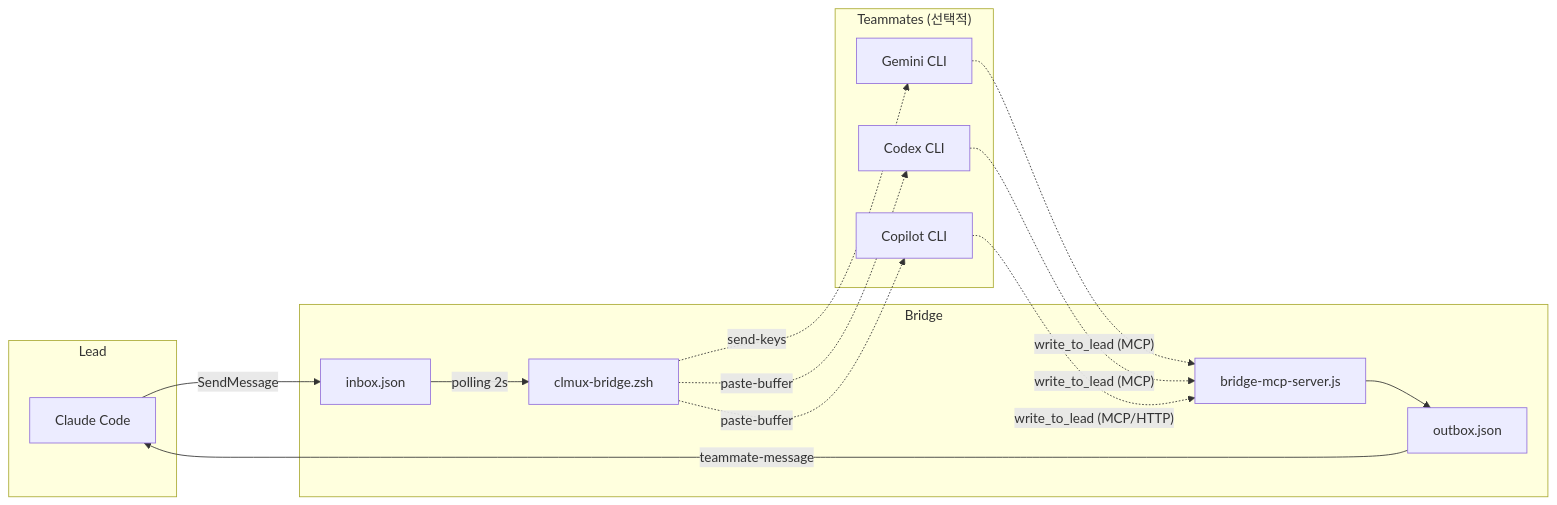
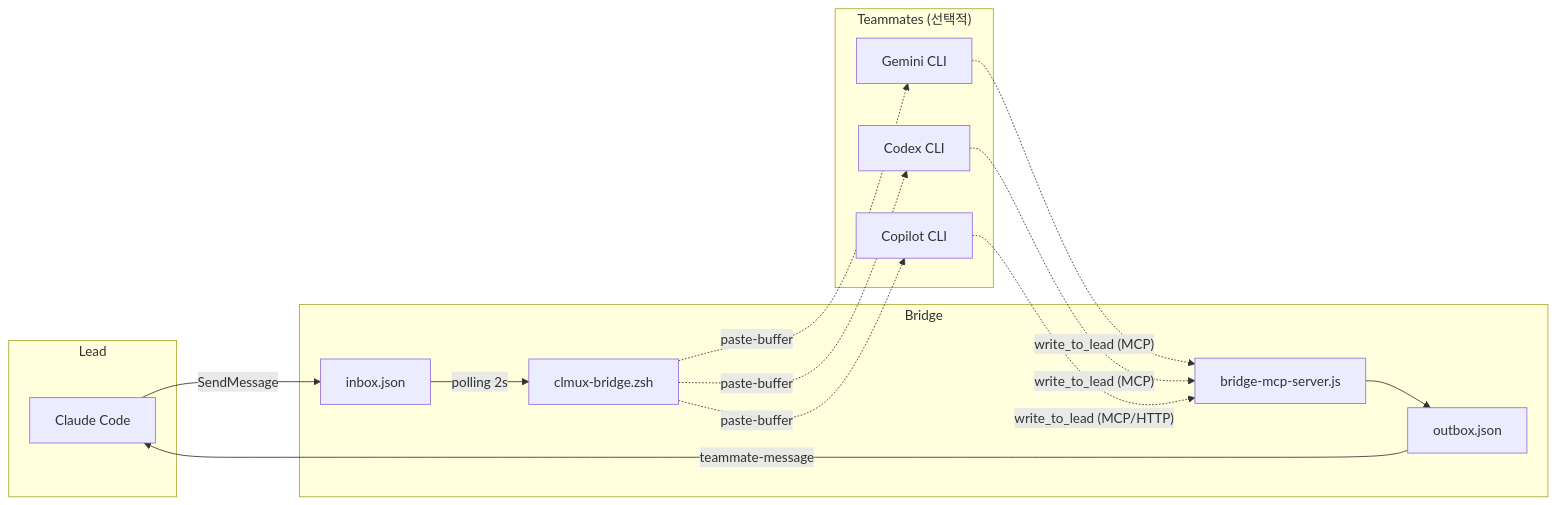
Before and after one commit to DvwN-Lee/clau-mux: the diagram in README.md, drawn with Mermaid. The commit also changed other lines of this file and 1 other file, not shown here.

Commit message:
docs: update README and add CHANGELOG for bridge truncation fix

````diff
--- a/README.md
+++ b/README.md
@@ -15,30 +15,30 @@
 ```mermaid
 flowchart LR
   subgraph Lead
     CC[Claude Code]
   end
 
   subgraph Bridge
     inbox[inbox.json]
     bridge[clmux-bridge.zsh]
     mcp[bridge-mcp-server.js]
     outbox[outbox.json]
   end
 
   subgraph Teammates["Teammates (선택적)"]
     G[Gemini CLI]
     X[Codex CLI]
     P[Copilot CLI]
   end
 
   CC -- "SendMessage" --> inbox
   inbox -- "polling 2s" --> bridge
-  bridge -. "send-keys" .-> G
+  bridge -. "paste-buffer" .-> G
   bridge -. "paste-buffer" .-> X
   bridge -. "paste-buffer" .-> P
   G -. "write_to_lead (MCP)" .-> mcp
   X -. "write_to_lead (MCP)" .-> mcp
   P -. "write_to_lead (MCP/HTTP)" .-> mcp
   mcp --> outbox
   outbox -- "teammate-message" --> CC
 ```
````
